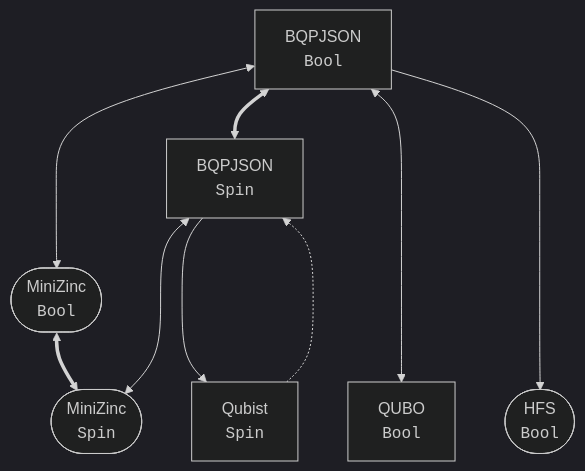
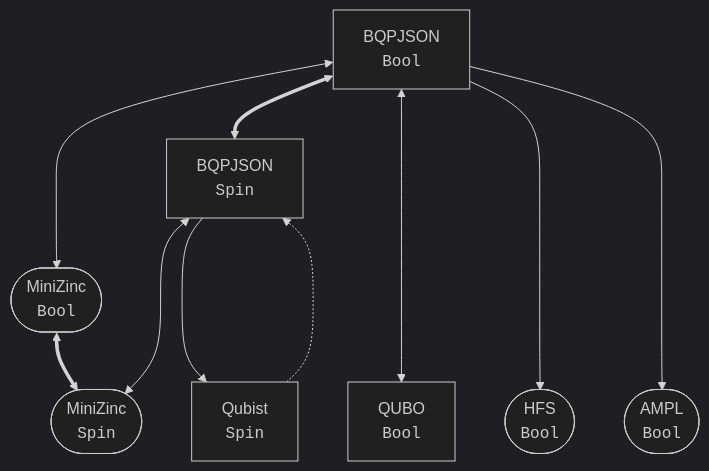
Before and after one commit to JuliaQUBO/QUBOTools.jl: the diagram in README.md, drawn with Mermaid (dark theme). The commit also changed 4 other files, not shown here.

````diff
--- a/README.md
+++ b/README.md
@@ -64,21 +64,23 @@
 ```mermaid
 flowchart TD;
     BQPJSON-BOOL["BQPJSON<br><code>Bool</code>"];
     BQPJSON-SPIN["BQPJSON<br><code>Spin</code>"];
     QUBO["QUBO<br><code>Bool</code>"];
     QUBIST["Qubist<br><code>Spin</code>"];
     MINIZINC-BOOL(["MiniZinc<br><code>Bool</code>"]);
     MINIZINC-SPIN(["MiniZinc<br><code>Spin</code>"]);
+    AMPL(["AMPL<br><code>Bool</code>"]);
     HFS(["HFS<br><code>Bool</code>"]);
 
     BQPJSON-BOOL  <==> BQPJSON-SPIN;
     MINIZINC-BOOL <==> MINIZINC-SPIN;
 
     BQPJSON-BOOL <---> MINIZINC-BOOL;
     BQPJSON-BOOL <----> QUBO;
     BQPJSON-BOOL ---->  HFS;
+    BQPJSON-BOOL ----> AMPL;
 
     BQPJSON-SPIN <---> MINIZINC-SPIN;
     BQPJSON-SPIN  --->  QUBIST;
     QUBIST       -..->  BQPJSON-SPIN;
 ```
````
